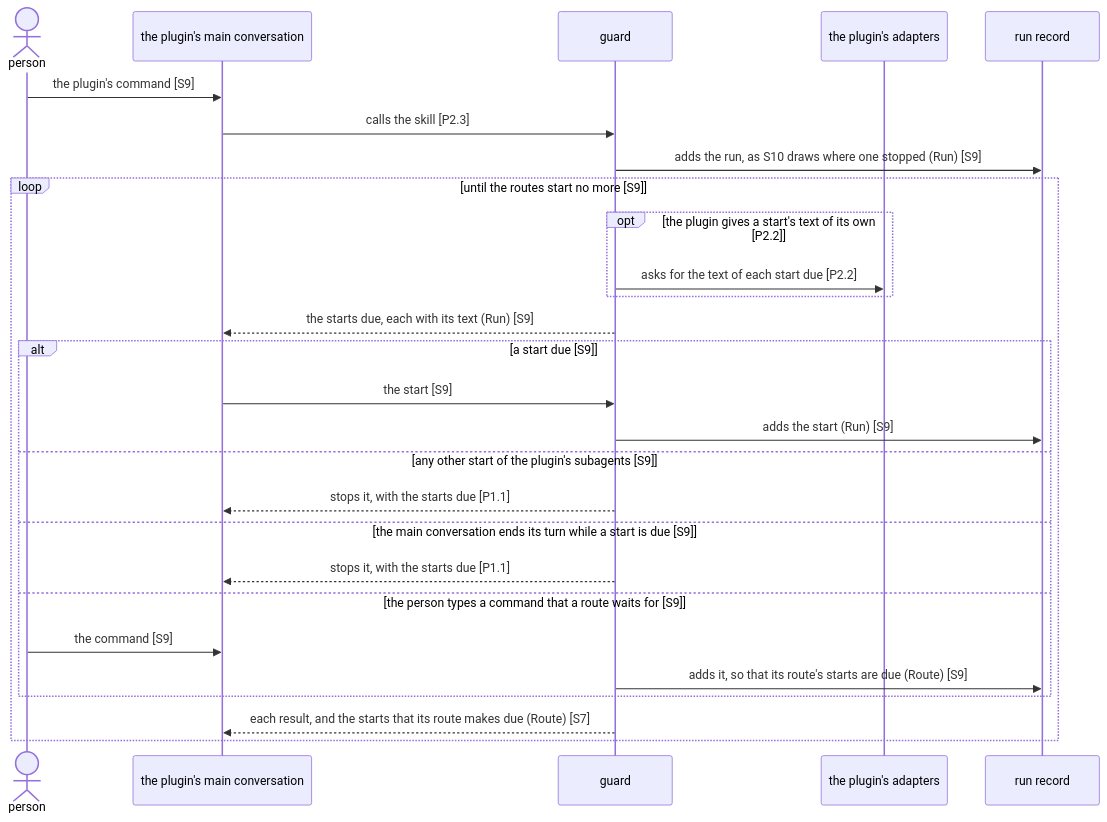
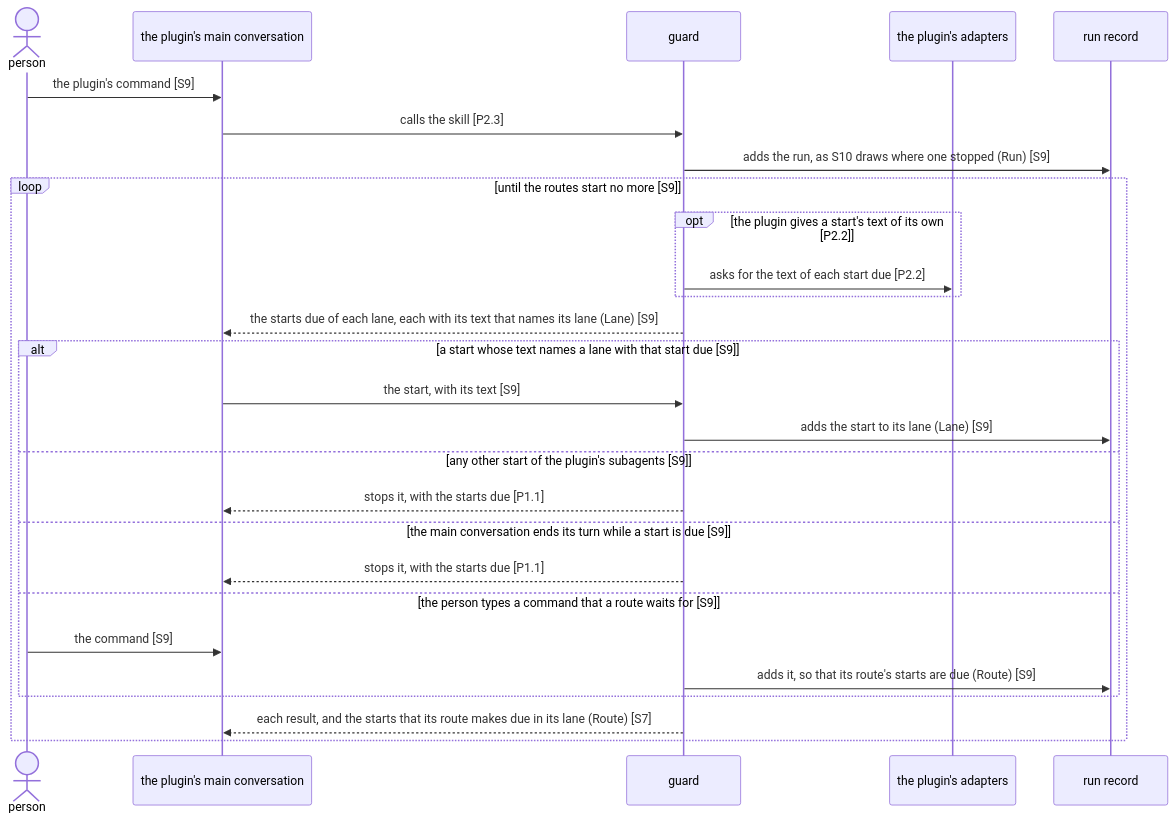
One commit to lovaizu/ccpm changed the first of 2 diagrams in dev/lane/architecture.md. Above: the diagram before and after it, drawn with Mermaid. The commit also changed other lines of this file and 1 other file, not shown here.

````diff
--- a/dev/lane/architecture.md
+++ b/dev/lane/architecture.md
@@ -101,29 +113,29 @@
 ```mermaid
 sequenceDiagram
   actor U as person
   participant M as the plugin's main conversation
   participant G as guard
   participant A as the plugin's adapters
   participant RR as run record
   U->>M: the plugin's command [S9]
   M->>G: calls the skill [P2.3]
   G->>RR: adds the run, as S10 draws where one stopped (Run) [S9]
   loop until the routes start no more [S9]
     opt the plugin gives a start's text of its own [P2.2]
       G->>A: asks for the text of each start due [P2.2]
     end
-    G-->>M: the starts due, each with its text (Run) [S9]
-    alt a start due [S9]
-      M->>G: the start [S9]
-      G->>RR: adds the start (Run) [S9]
+    G-->>M: the starts due of each lane, each with its text that names its lane (Lane) [S9]
+    alt a start whose text names a lane with that start due [S9]
+      M->>G: the start, with its text [S9]
+      G->>RR: adds the start to its lane (Lane) [S9]
     else any other start of the plugin's subagents [S9]
       G-->>M: stops it, with the starts due [P1.1]
     else the main conversation ends its turn while a start is due [S9]
       G-->>M: stops it, with the starts due [P1.1]
     else the person types a command that a route waits for [S9]
       U->>M: the command [S9]
       G->>RR: adds it, so that its route's starts are due (Route) [S9]
     end
-    G-->>M: each result, and the starts that its route makes due (Route) [S7]
+    G-->>M: each result, and the starts that its route makes due in its lane (Route) [S7]
   end
 ```
````
